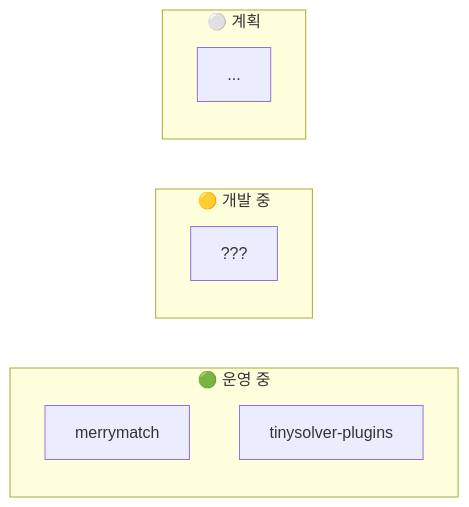
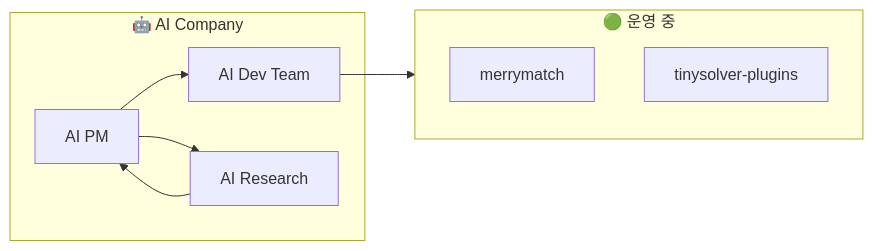
One commit to org-tinysolver/ground-truth changed the diagram in docs/humans/products/overview.mdx. Above: the diagram before and after it, drawn with Mermaid. The commit also changed other lines of this file and 8 other files, not shown here.

````diff
--- a/docs/humans/products/overview.mdx
+++ b/docs/humans/products/overview.mdx
@@ -11,15 +11,18 @@
 ```mermaid
 flowchart LR
+    subgraph AICompany["🤖 AI Company"]
+        AI_PM[AI PM]
+        AI_DEV[AI Dev Team]
+        AI_RESEARCH[AI Research]
+    end
+
     subgraph Active["🟢 운영 중"]
         MERRYMATCH[merrymatch]
         PLUGINS[tinysolver-plugins]
     end
 
-    subgraph Building["🟡 개발 중"]
-        NEW1[???]
-    end
-
-    subgraph Planned["⚪ 계획"]
-        FUTURE[...]
-    end
+    AI_PM --> AI_DEV
+    AI_PM --> AI_RESEARCH
+    AI_DEV --> Active
+    AI_RESEARCH --> AI_PM
 ```
````
